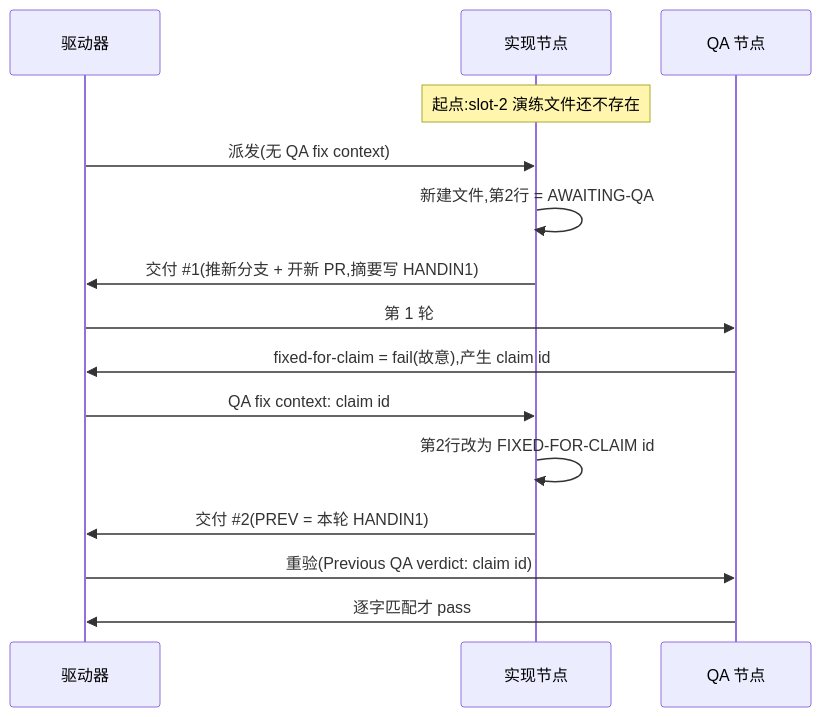
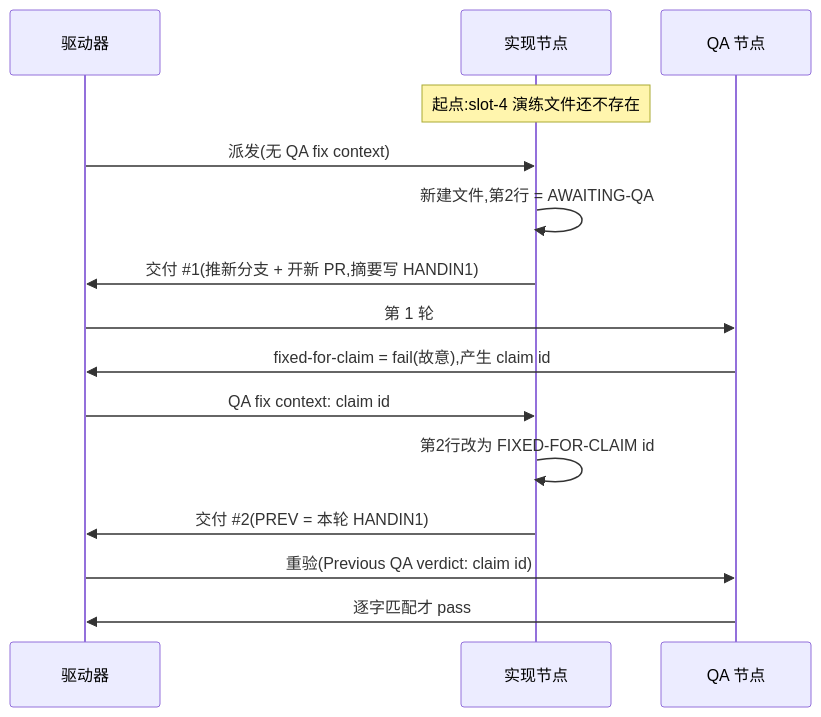
One commit to xrliAnnie/flywheel-qa-sandbox changed the diagram in engineering/doc/FLY-3150-real-runner-drill/d1-core-flow.mmd. Above: the diagram before and after it, drawn with Mermaid. The commit also changed 5 other files, not shown here.

```diff
--- a/engineering/doc/FLY-3150-real-runner-drill/d1-core-flow.mmd
+++ b/engineering/doc/FLY-3150-real-runner-drill/d1-core-flow.mmd
@@ -1,15 +1,15 @@
 sequenceDiagram
     participant D as 驱动器
     participant I as 实现节点
     participant Q as QA 节点
-    Note over I: 起点:slot-2 演练文件还不存在
+    Note over I: 起点:slot-4 演练文件还不存在
     D->>I: 派发(无 QA fix context)
     I->>I: 新建文件,第2行 = AWAITING-QA
     I->>D: 交付 #35;1(推新分支 + 开新 PR,摘要写 HANDIN1)
     D->>Q: 第 1 轮
     Q->>D: fixed-for-claim = fail(故意),产生 claim id
     D->>I: QA fix context: claim id
     I->>I: 第2行改为 FIXED-FOR-CLAIM id
     I->>D: 交付 #35;2(PREV = 本轮 HANDIN1)
     D->>Q: 重验(Previous QA verdict: claim id)
     Q->>D: 逐字匹配才 pass
```
